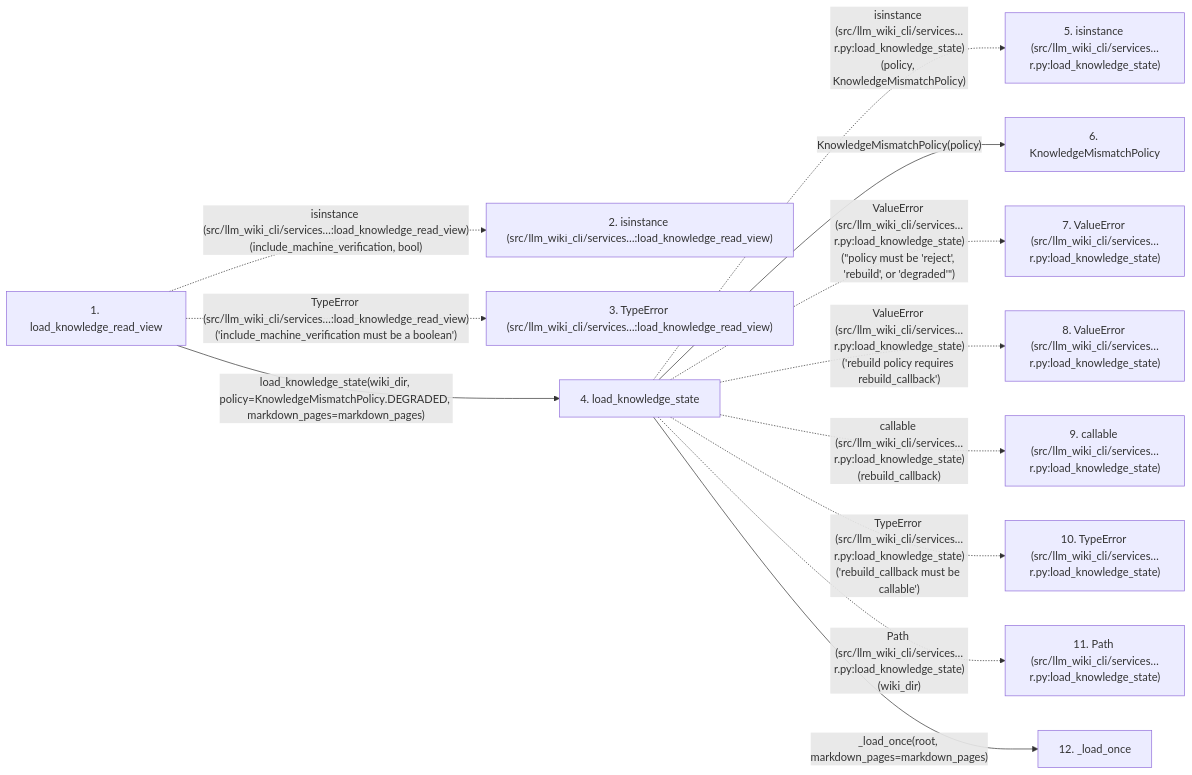
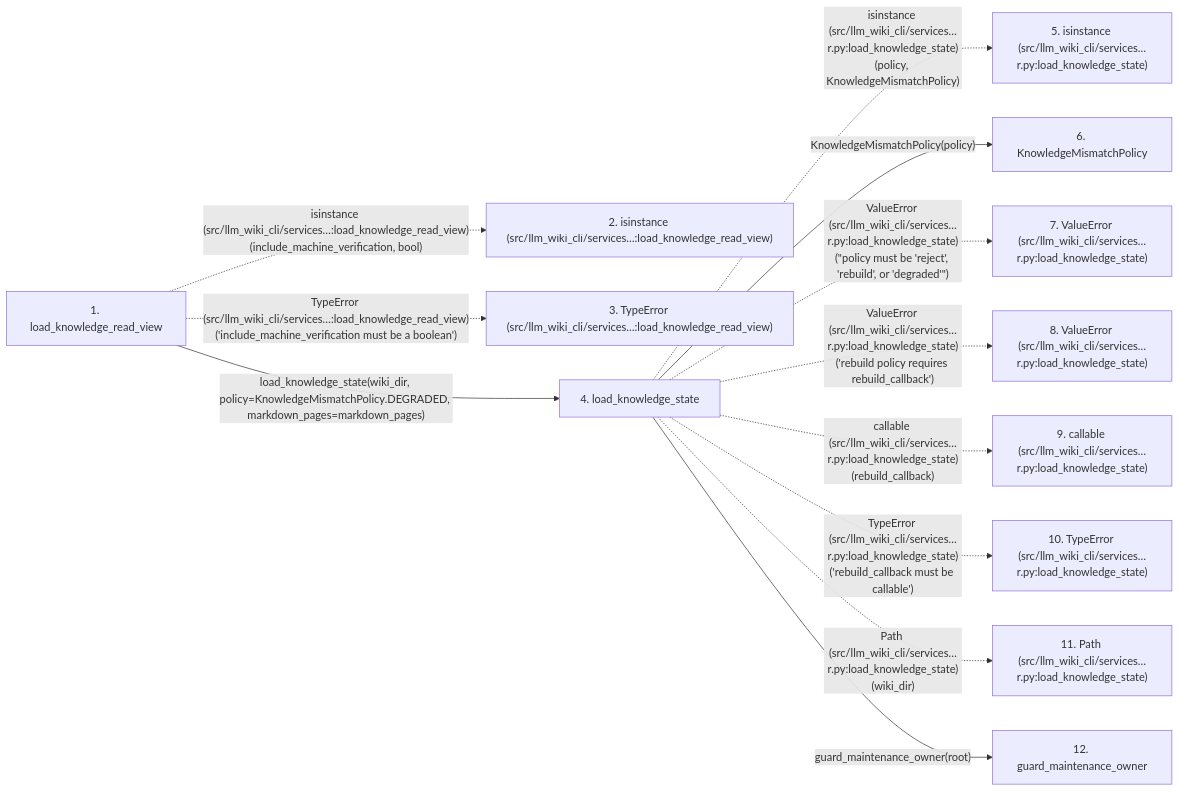
Before and after one commit to Denissvgn/python-wiki-llm: the second of 2 diagrams in docs/llm_wiki/flows/api-load_knowledge_read_view.md, drawn with Mermaid. The commit also changed other lines of this file and 1410 other files, not shown here.

````diff
--- a/docs/llm_wiki/flows/api-load_knowledge_read_view.md
+++ b/docs/llm_wiki/flows/api-load_knowledge_read_view.md
@@ -106,30 +136,30 @@
 ```mermaid
 flowchart LR
     s1["1. load_knowledge_read_view"]
     s2["2. isinstance (src/llm_wiki_cli/services…:load_knowledge_read_view)"]
     s3["3. TypeError (src/llm_wiki_cli/services…:load_knowledge_read_view)"]
     s4["4. load_knowledge_state"]
     s5["5. isinstance (src/llm_wiki_cli/services…r.py:load_knowledge_state)"]
     s6["6. KnowledgeMismatchPolicy"]
     s7["7. ValueError (src/llm_wiki_cli/services…r.py:load_knowledge_state)"]
     s8["8. ValueError (src/llm_wiki_cli/services…r.py:load_knowledge_state)"]
     s9["9. callable (src/llm_wiki_cli/services…r.py:load_knowledge_state)"]
     s10["10. TypeError (src/llm_wiki_cli/services…r.py:load_knowledge_state)"]
     s11["11. Path (src/llm_wiki_cli/services…r.py:load_knowledge_state)"]
-    s12["12. _load_once"]
+    s12["12. guard_maintenance_owner"]
     s1 -. "isinstance (src/llm_wiki_cli/services…:load_knowledge_read_view)(include_machine_verification, bool)" .-> s2
     s1 -. "TypeError (src/llm_wiki_cli/services…:load_knowledge_read_view)('include_machine_verification must be a boolean')" .-> s3
     s1 -->|"load_knowledge_state(wiki_dir, policy=KnowledgeMismatchPolicy.DEGRADED, markdown_pages=markdown_pages)"| s4
     s4 -. "isinstance (src/llm_wiki_cli/services…r.py:load_knowledge_state)(policy, KnowledgeMismatchPolicy)" .-> s5
     s4 -->|"KnowledgeMismatchPolicy(policy)"| s6
     s4 -. "ValueError (src/llm_wiki_cli/services…r.py:load_knowledge_state)(#34;policy must be 'reject', 'rebuild', or 'degraded'#34;)" .-> s7
     s4 -. "ValueError (src/llm_wiki_cli/services…r.py:load_knowledge_state)('rebuild policy requires rebuild_callback')" .-> s8
     s4 -. "callable (src/llm_wiki_cli/services…r.py:load_knowledge_state)(rebuild_callback)" .-> s9
     s4 -. "TypeError (src/llm_wiki_cli/services…r.py:load_knowledge_state)('rebuild_callback must be callable')" .-> s10
     s4 -. "Path (src/llm_wiki_cli/services…r.py:load_knowledge_state)(wiki_dir)" .-> s11
-    s4 -->|"_load_once(root, markdown_pages=markdown_pages)"| s12
+    s4 -->|"guard_maintenance_owner(root)"| s12
     click s1 "../modules/knowledge_consumption.md"
     click s4 "../modules/knowledge_loader.md"
     click s6 "../modules/knowledge_loader.md"
-    click s12 "../modules/knowledge_loader.md"
+    click s12 "../modules/maintenance_protocol.md"
 ```
````
